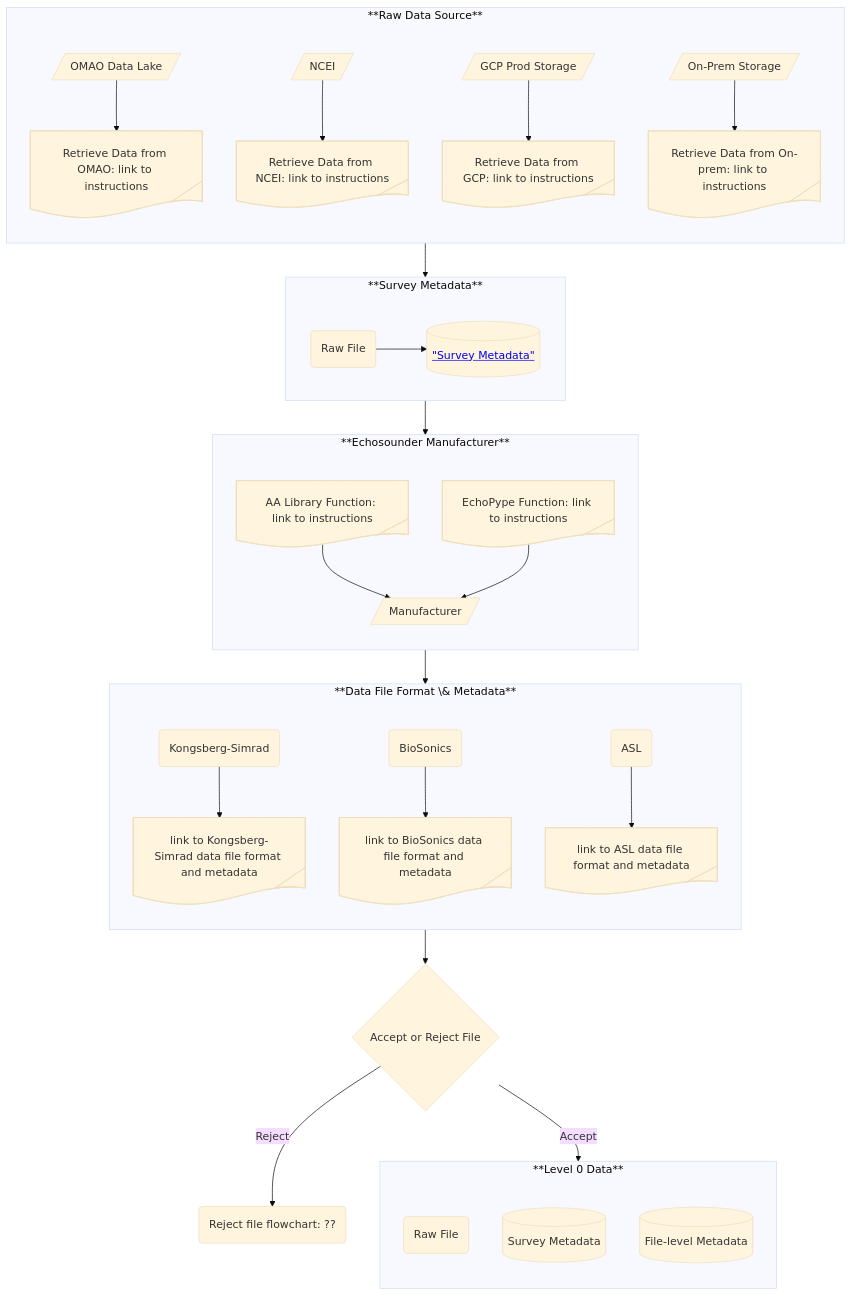
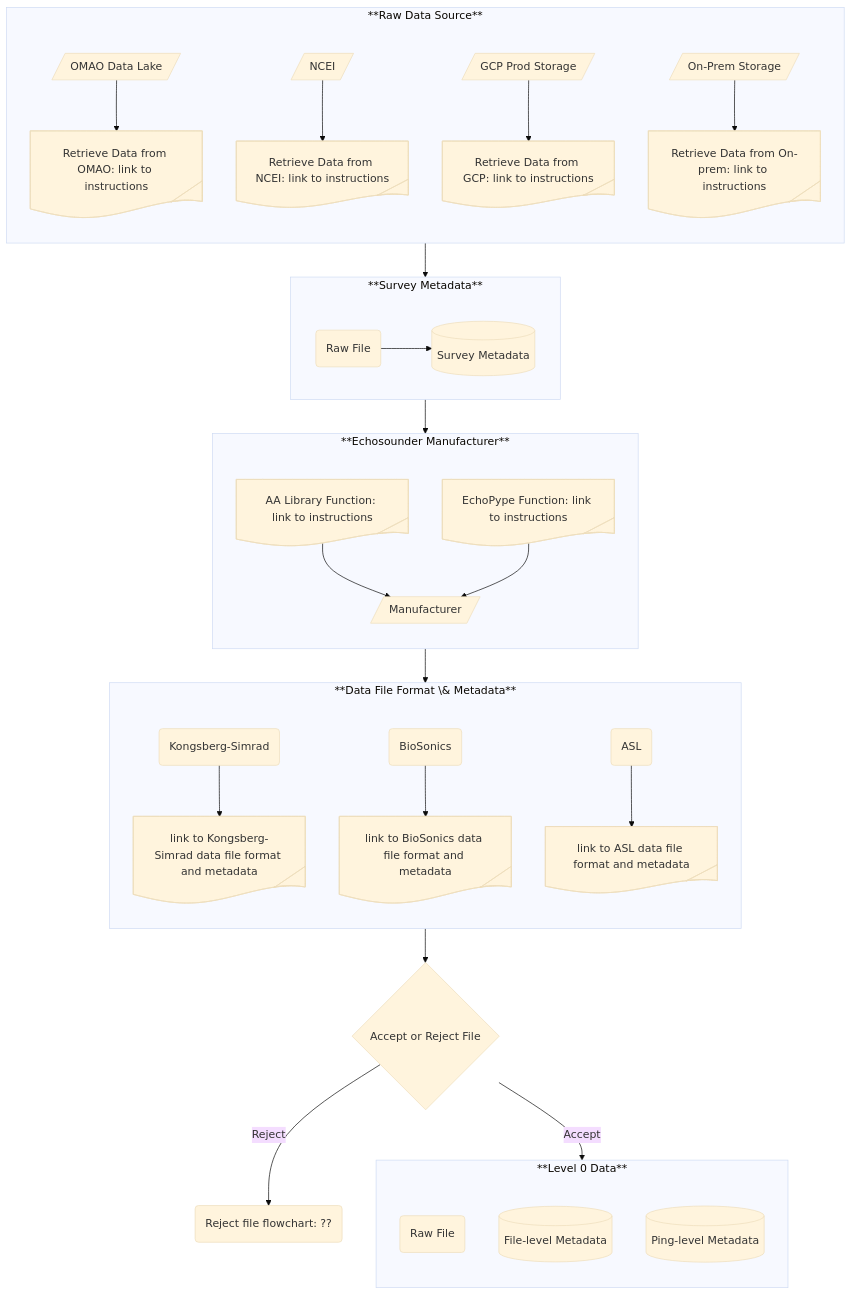
One commit to nmfs-ost/AA-SI_DataRoadMap changed the first of 2 diagrams in README.md. Above: the diagram before and after it, drawn with Mermaid (base theme). The commit also changed other lines of this file, not shown here.

First line of the commit message:
Level 1 flowchart

````diff
--- a/README.md
+++ b/README.md
@@ -72,44 +72,45 @@
 ```mermaid
 ---
 config:
     flowchart:
         subGraphTitleMargin:
             "bottom": 30
 ---
 flowchart TB
-    subgraph SG_DataSource["**Raw Data Source**"]
+    subgraph SG_L0_DataSource["**Raw Data Source**"]
         direction TB
-        node_SrcOMAO@{shape: lean-r, label: "OMAO Data Lake"} --> node_OMAO@{ shape: tag-doc, label: "Retrieve Data from OMAO: link to instructions" }
-        node_SrcNCEI@{shape: lean-r, label: "NCEI"} --> node_NCEI@{ shape: tag-doc, label: "Retrieve Data from NCEI: link to instructions" }
-        node_SrcGCP@{shape: lean-r, label: "GCP Prod Storage"} --> node_GCP@{ shape: tag-doc, label: "Retrieve Data from GCP: link to instructions" }
-        node_SrcOP@{shape: lean-r, label: "On-Prem Storage"} --> node_OP@{ shape: tag-doc, label: "Retrieve Data from On-prem: link to instructions" }
+        node_L0_SrcOMAO@{shape: lean-r, label: "OMAO Data Lake"} --> node_L0_OMAO@{ shape: tag-doc, label: "Retrieve Data from OMAO: link to instructions" }
+        node_L0_SrcNCEI@{shape: lean-r, label: "NCEI"} --> node_L0_NCEI@{ shape: tag-doc, label: "Retrieve Data from NCEI: link to instructions" }
+        node_L0_SrcGCP@{shape: lean-r, label: "GCP Prod Storage"} --> node_L0_GCP@{ shape: tag-doc, label: "Retrieve Data from GCP: link to instructions" }
+        node_L0_SrcOP@{shape: lean-r, label: "On-Prem Storage"} --> node_L0_OP@{ shape: tag-doc, label: "Retrieve Data from On-prem: link to instructions" }
         %%style node_SrcOMAO color:blue
     end
-    subgraph SG_SurveyMetaData["**Survey Metadata**"]
+    subgraph SG_L0_SurveyMetaData["**Survey Metadata**"]
         direction LR
-        node_RF@{ shape: rounded, label: "Raw File" } --> node_SMD@{ shape: database, label: <a href="https://github.com/nmfs-ost/AA-SI_metadata"> "Survey Metadata"</a> }
+        node_L0_RF@{ shape: rounded, label: "Raw File" } --> node_L0_SMD@{ shape: database, label: <a href="https://github.com/nmfs-ost/AA-SI_metadata"> "Survey Metadata"</a> }
     end
-    subgraph SG_ESManufacturer["**Echosounder Manufacturer**"]
+    subgraph SG_L0_ESManufacturer["**Echosounder Manufacturer**"]
         direction TB
-        node_AL1@{shape: tag-doc, label: "AA Library Function: link to instructions"} --> node_Man@{ shape: lean-r, label: "Manufacturer" }
-        node_AL2@{shape: tag-doc, label: "EchoPype Function: link to instructions"} --> node_Man
+        node_L0_AL1@{shape: tag-doc, label: "AA Library Function: link to instructions"} --> node_L0_Man@{ shape: lean-r, label: "Manufacturer" }
+        node_L0_AL2@{shape: tag-doc, label: "EchoPype Function: link to instructions"} --> node_L0_Man
     end
-    subgraph SG_ESMetaData["**Data File Format \& Metadata**"]
+    subgraph SG_L0_ESMetaData["**Data File Format \& Metadata**"]
         direction TB
-        node_KS@{ shape: rounded, label: "Kongsberg-Simrad" } --> node_KSMD@{ shape: tag-doc, label: "link to Kongsberg-Simrad data file format and metadata" }
-        node_BS@{ shape: rounded, label: "BioSonics" } --> node_BSMD@{ shape: tag-doc, label: "link to BioSonics data file format and metadata" }
-        node_ASL@{ shape: rounded, label: "ASL" } --> node_ASLMD@{ shape: tag-doc, label: "link to ASL data file format and metadata" }
+        node_L0_KS@{ shape: rounded, label: "Kongsberg-Simrad" } --> node_L0_KSMD@{ shape: tag-doc, label: "link to Kongsberg-Simrad data file format and metadata" }
+        node_L0_BS@{ shape: rounded, label: "BioSonics" } --> node_L0_BSMD@{ shape: tag-doc, label: "link to BioSonics data file format and metadata" }
+        node_L0_ASL@{ shape: rounded, label: "ASL" } --> node_L0_ASLMD@{ shape: tag-doc, label: "link to ASL data file format and metadata" }
     end
-    subgraph SG_L0Data["**Level 0 Data**"]
+    subgraph SG_L0_Data["**Level 0 Data**"]
         direction TB
-        node_L0RD@{ shape: rounded, label: "Raw File" }
-        node_L0SMD@{ shape: database, label: "Survey Metadata" }
-        node_RFMD@{ shape: database, label: "File-level Metadata" }
+        node_L0_RD@{ shape: rounded, label: "Raw File" }
+        node_L0_SMD@{ shape: database, label: "Survey Metadata" }
+        node_L0_FMD@{ shape: database, label: "File-level Metadata" }
+        node_L0_PMD@{ shape: database, label: "Ping-level Metadata" }
     end
-    SG_DataSource --> SG_SurveyMetaData
-    SG_SurveyMetaData --> SG_ESManufacturer
-    SG_ESManufacturer --> SG_ESMetaData
-    SG_ESMetaData --> node_AcceptReject@{ shape: diamond, label: "Accept or Reject File" }
-    node_AcceptReject --> |Accept| SG_L0Data
+    SG_L0_DataSource --> SG_L0_SurveyMetaData
+    SG_L0_SurveyMetaData --> SG_L0_ESManufacturer
+    SG_L0_ESManufacturer --> SG_L0_ESMetaData
+    SG_L0_ESMetaData --> node_AcceptReject@{ shape: diamond, label: "Accept or Reject File" }
+    node_AcceptReject --> |Accept| SG_L0_Data
     node_AcceptReject --> |Reject| node_Reject@{ shape: rounded, label: "Reject file flowchart: ??" }
 ```
````
